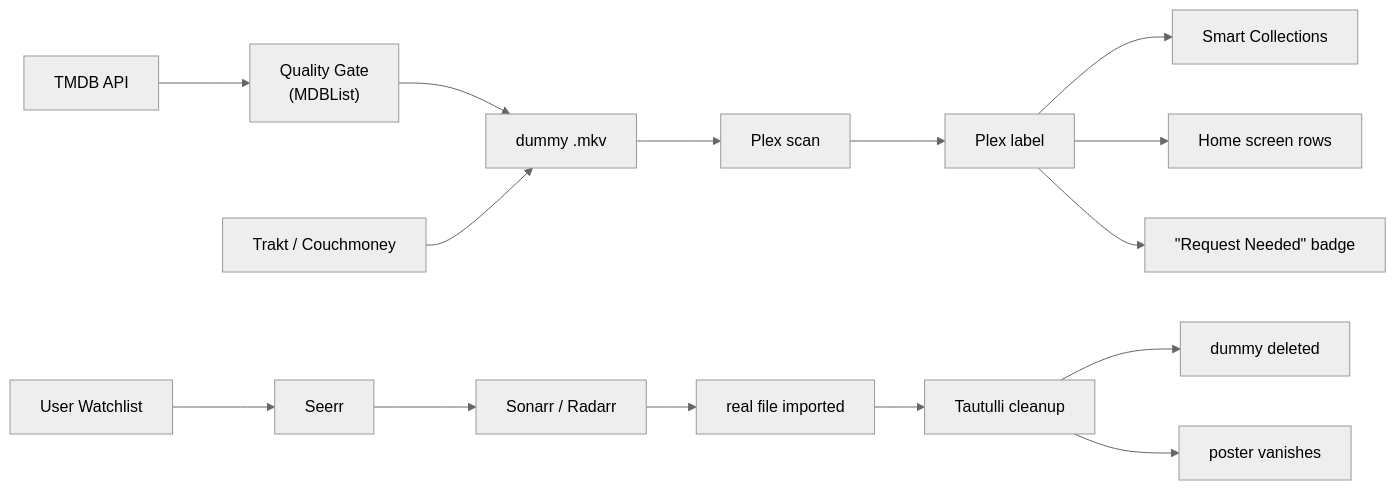
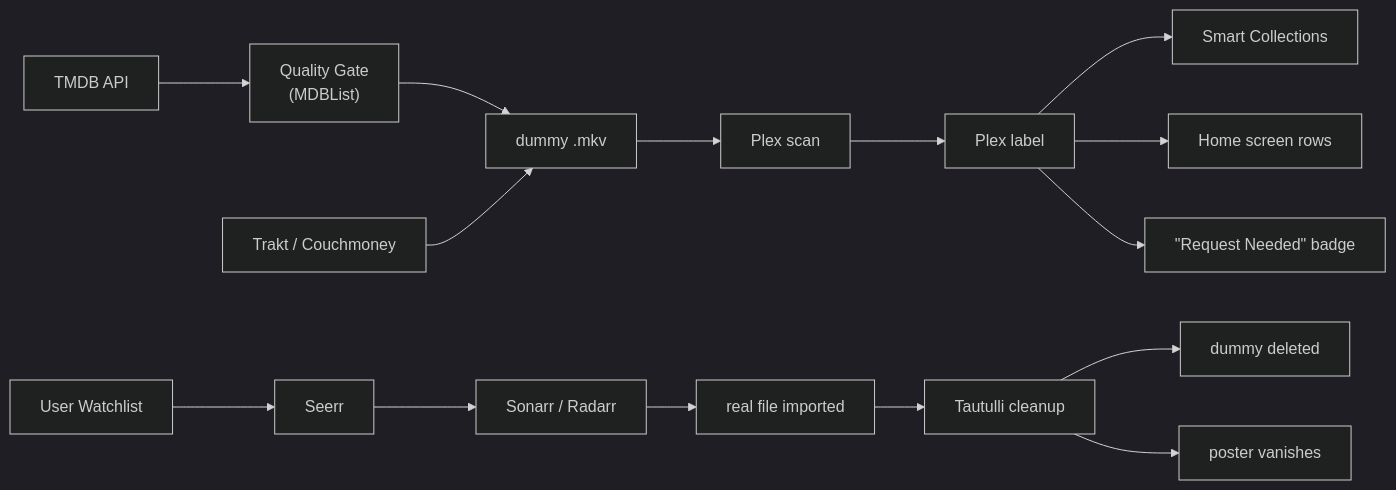
The diagram in README.md (cmaguranis/plexflixarr), drawn with Mermaid before and after one commit. The commit also changed other lines of this file and 34 other files, not shown here.

````diff
--- a/README.md
+++ b/README.md
@@ -9,25 +9,25 @@
 ```mermaid
-%%{init: {'theme': 'neutral'}}%%
+%%{init: {'theme': 'dark'}}%%
 flowchart LR
     TMDB["TMDB API"]
     Trakt["Trakt / Couchmoney"]
     MDB["Quality Gate\n(MDBList)"]
     Dummy["dummy .mkv"]
     Scan["Plex scan"]
     Label["Plex label"]
 
     TMDB --> MDB --> Dummy
     Trakt --> Dummy
     Dummy --> Scan --> Label
 
     Label --> SC["Smart Collections"]
     Label --> HSR["Home screen rows"]
     Label --> Badge["&quot;Request Needed&quot; badge"]
 
     Watchlist["User Watchlist"] --> Seerr
     Seerr --> SR["Sonarr / Radarr"]
     SR --> Real["real file imported"]
     Real --> Tautulli["Tautulli cleanup"]
     Tautulli --> Del["dummy deleted"]
     Tautulli --> Gone["poster vanishes"]
 ```
````
